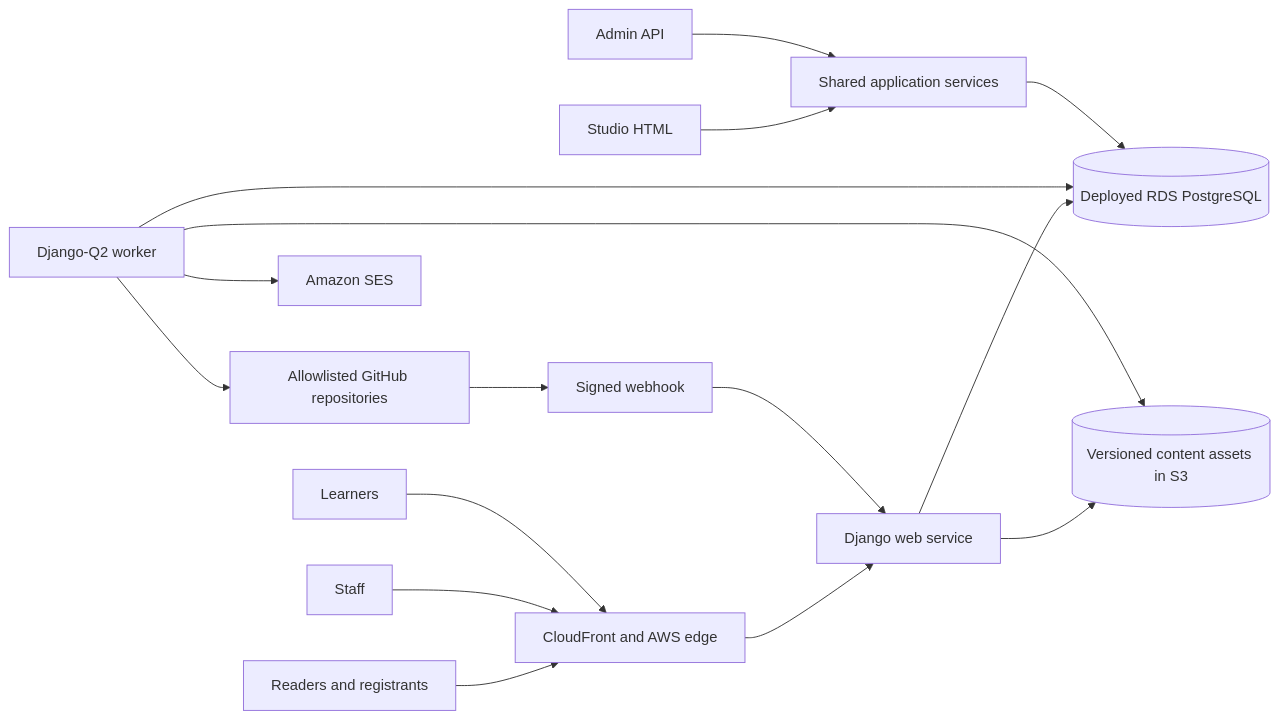
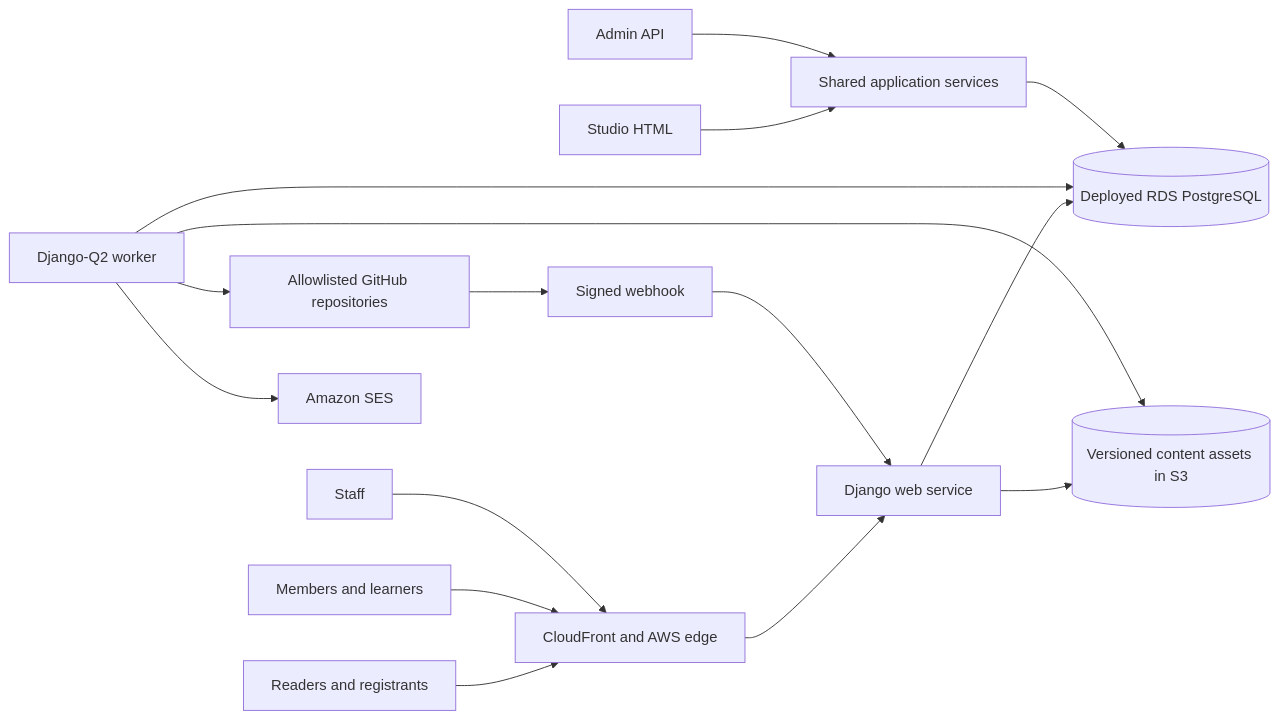
Before and after one commit to DataTalksClub/website: the diagram in _docs/specs/README.md, drawn with Mermaid. The commit also changed other lines of this file and 14 other files, not shown here.

````diff
--- a/_docs/specs/README.md
+++ b/_docs/specs/README.md
@@ -47,18 +64,18 @@
 ```mermaid
 flowchart LR
     Readers[Readers and registrants] --> Edge[CloudFront and AWS edge]
+    Members[Members and learners] --> Edge
     Staff[Staff] --> Edge
     Edge --> Web[Django web service]
     Web --> DB[(Deployed RDS PostgreSQL)]
     Web --> Assets[(Versioned content assets in S3)]
     Worker[Django-Q2 worker] --> DB
     Worker --> Assets
     Worker --> SES[Amazon SES]
     GitHub[Allowlisted GitHub repositories] --> Hook[Signed webhook]
     Hook --> Web
     Worker --> GitHub
     Studio[Studio HTML] --> Services[Shared application services]
     API[Admin API] --> Services
     Services --> DB
-    Learners[Learners] --> Edge
 ```
````
